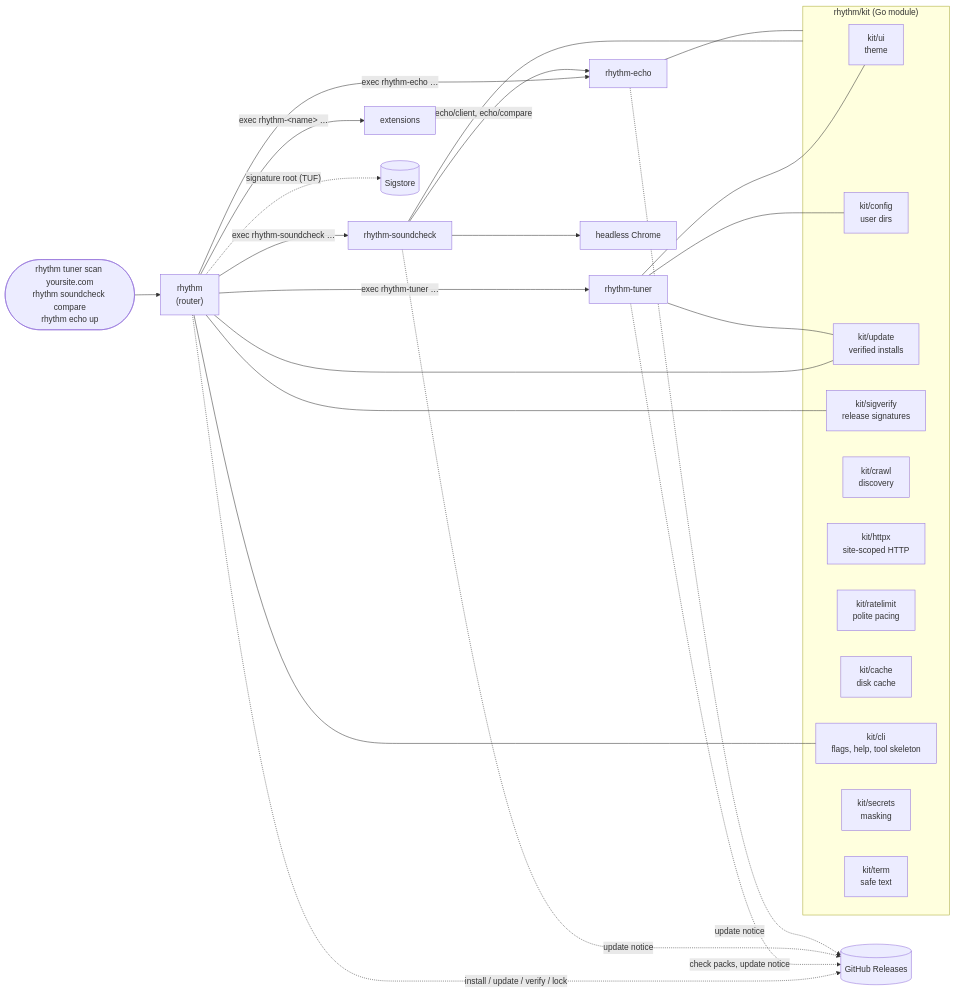
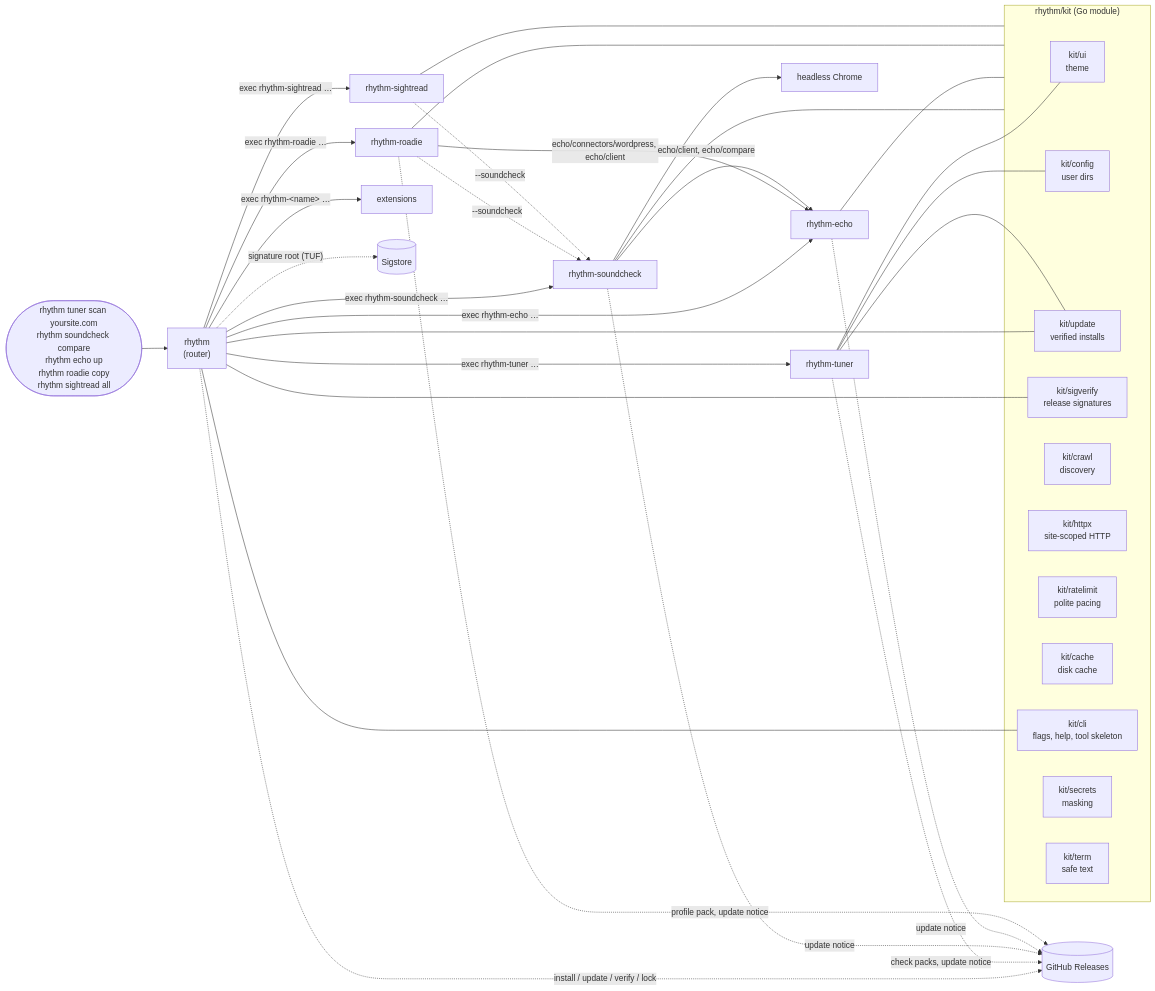
The first of 6 diagrams in wiki/Architecture.md (RhythmShahriar/rhythm), drawn with Mermaid before and after one commit. The commit also changed other lines of this file and 14 other files, not shown here.

````diff
--- a/wiki/Architecture.md
+++ b/wiki/Architecture.md
@@ -5,36 +5,44 @@
 ```mermaid
 flowchart LR
-  user(["rhythm tuner scan yoursite.com<br/>rhythm soundcheck compare<br/>rhythm echo up"]) --> router["rhythm<br/>(router)"]
+  user(["rhythm tuner scan yoursite.com<br/>rhythm soundcheck compare<br/>rhythm echo up<br/>rhythm roadie copy<br/>rhythm sightread all"]) --> router["rhythm<br/>(router)"]
   router -- "exec rhythm-tuner …" --> tuner["rhythm-tuner"]
   router -- "exec rhythm-soundcheck …" --> sc["rhythm-soundcheck"]
   router -- "exec rhythm-echo …" --> echo["rhythm-echo"]
+  router -- "exec rhythm-roadie …" --> roadie["rhythm-roadie"]
+  router -- "exec rhythm-sightread …" --> sr["rhythm-sightread"]
   router -- "exec rhythm-&lt;name&gt; …" --> ext["extensions"]
   router -. "install / update / verify / lock" .-> gh[("GitHub Releases")]
   router -. "signature root (TUF)" .-> sigstore[("Sigstore")]
   tuner -. "check packs, update notice" .-> gh
   sc -. "update notice" .-> gh
   echo -. "update notice" .-> gh
+  roadie -. "profile pack, update notice" .-> gh
+  roadie -- "echo/connectors/wordpress, echo/client" --> echo
+  roadie -. "--soundcheck" .-> sc
+  sr -. "--soundcheck" .-> sc
   sc --> chrome["headless Chrome"]
   sc -- "echo/client, echo/compare" --> echo
   subgraph kit ["rhythm/kit (Go module)"]
     ui["kit/ui<br/>theme"]
     config["kit/config<br/>user dirs"]
     update["kit/update<br/>verified installs"]
     sigverify["kit/sigverify<br/>release signatures"]
     crawl["kit/crawl<br/>discovery"]
     httpx["kit/httpx<br/>site-scoped HTTP"]
     rl["kit/ratelimit<br/>polite pacing"]
     cache["kit/cache<br/>disk cache"]
     cli["kit/cli<br/>flags, help, tool skeleton"]
     secrets["kit/secrets<br/>masking"]
     term["kit/term<br/>safe text"]
   end
   router --- update
   router --- sigverify
   router --- cli
   tuner --- ui
   tuner --- config
   tuner --- update
   sc --- kit
   echo --- kit
+  roadie --- kit
+  sr --- kit
 ```
````
